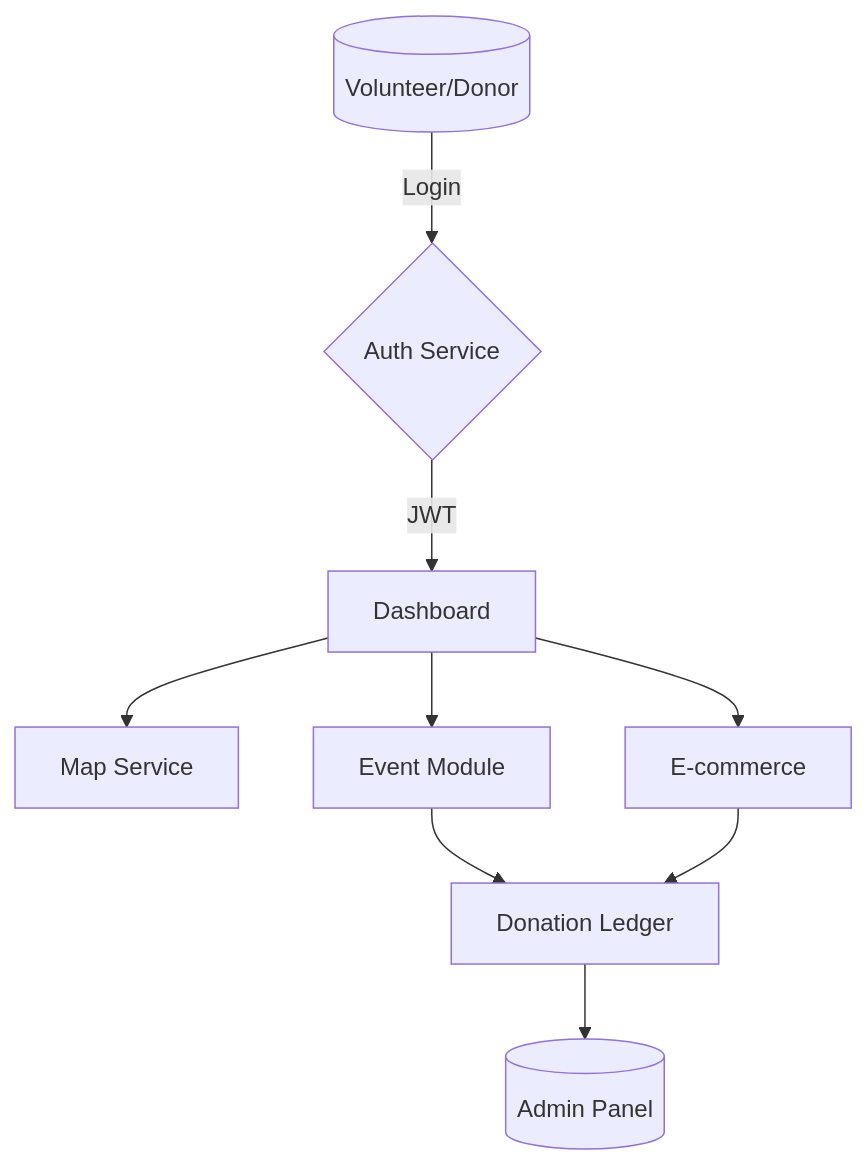
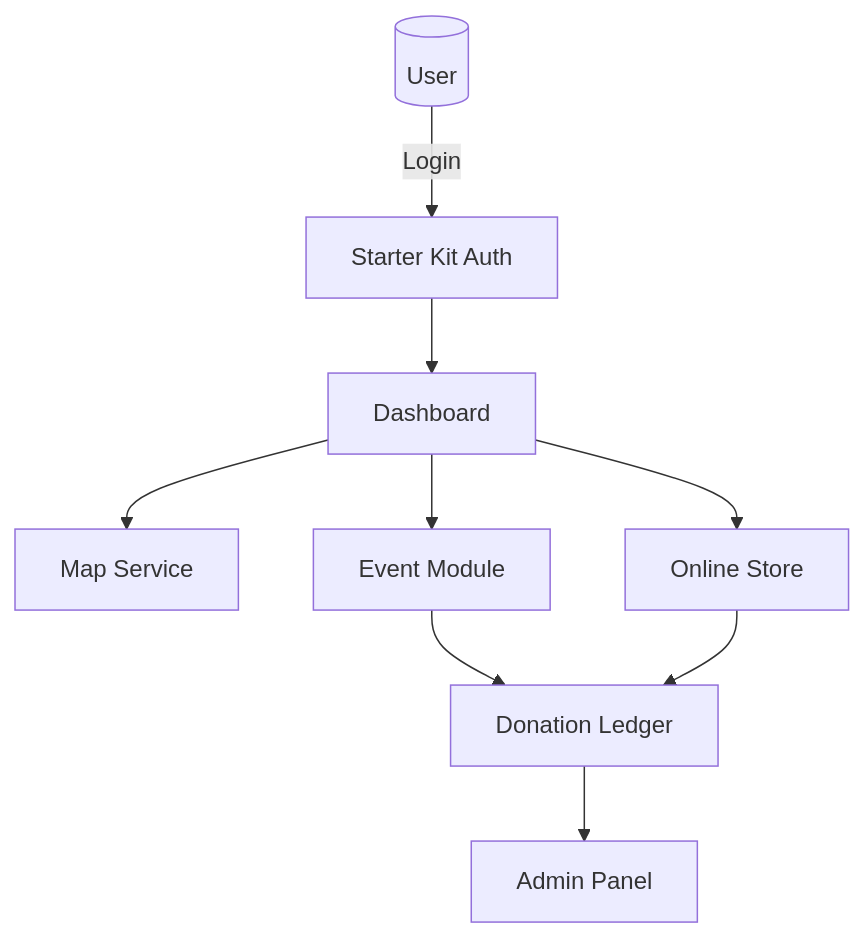
One commit to almos0002/playerjs changed the third of 4 diagrams in proposal_defence.md. Above: the diagram before and after it, drawn with Mermaid. The commit also changed other lines of this file, not shown here.

````diff
--- a/proposal_defence.md
+++ b/proposal_defence.md
@@ -143,11 +116,11 @@
 ```mermaid
 flowchart TD
-    user[(Volunteer/Donor)] -->|Login| auth{Auth Service}
-    auth -->|JWT| dashboard[Dashboard]
-    dashboard --> map[Map Service]
-    dashboard --> events[Event Module]
-    dashboard --> store[E-commerce]
-    events --> ledger[Donation Ledger]
-    store --> ledger
-    ledger --> admin[(Admin Panel)]
+  user[(User)] -->|Login| auth[Starter Kit Auth]
+  auth --> dash[Dashboard]
+  dash --> map[Map Service]
+  dash --> events[Event Module]
+  dash --> store[Online Store]
+  events --> ledger[Donation Ledger]
+  store --> ledger
+  ledger --> admin[Admin Panel]
 ```
````
